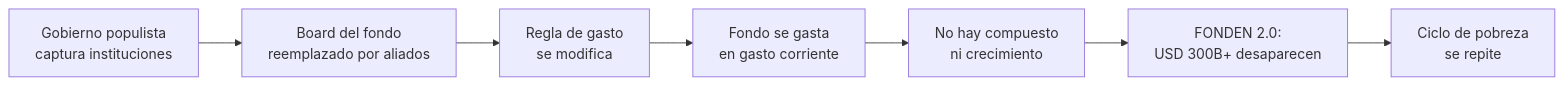
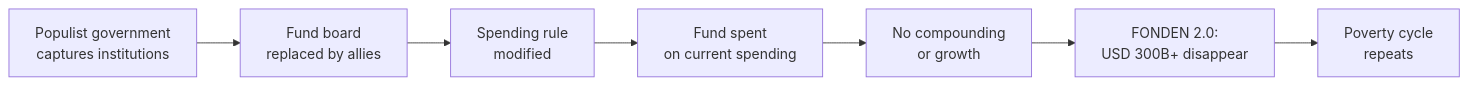
Before and after one commit to Venezuela-S-A/venezuela-sa: the fourth of 5 diagrams in i18n/en/docusaurus-plugin-content-docs/current/07-ejecucion/riesgos.md, drawn with Mermaid. The commit also changed other lines of this file and 127 other files, not shown here.

````diff
--- a/i18n/en/docusaurus-plugin-content-docs/current/07-ejecucion/riesgos.md
+++ b/i18n/en/docusaurus-plugin-content-docs/current/07-ejecucion/riesgos.md
@@ -181,9 +181,9 @@
 ```mermaid
 flowchart LR
-    A[Gobierno populista<br>captura instituciones] --> B[Board del fondo<br>reemplazado por aliados]
-    B --> C[Regla de gasto<br>se modifica]
-    C --> D[Fondo se gasta<br>en gasto corriente]
-    D --> E[No hay compuesto<br>ni crecimiento]
-    E --> F[FONDEN 2.0:<br>USD 300B+ desaparecen]
-    F --> G[Ciclo de pobreza<br>se repite]
+    A[Populist government<br>captures institutions] --> B[Fund board<br>replaced by allies]
+    B --> C[Spending rule<br>modified]
+    C --> D[Fund spent<br>on current spending]
+    D --> E[No compounding<br>or growth]
+    E --> F[FONDEN 2.0:<br>USD 300B+ disappear]
+    F --> G[Poverty cycle<br>repeats]
 ```
````
